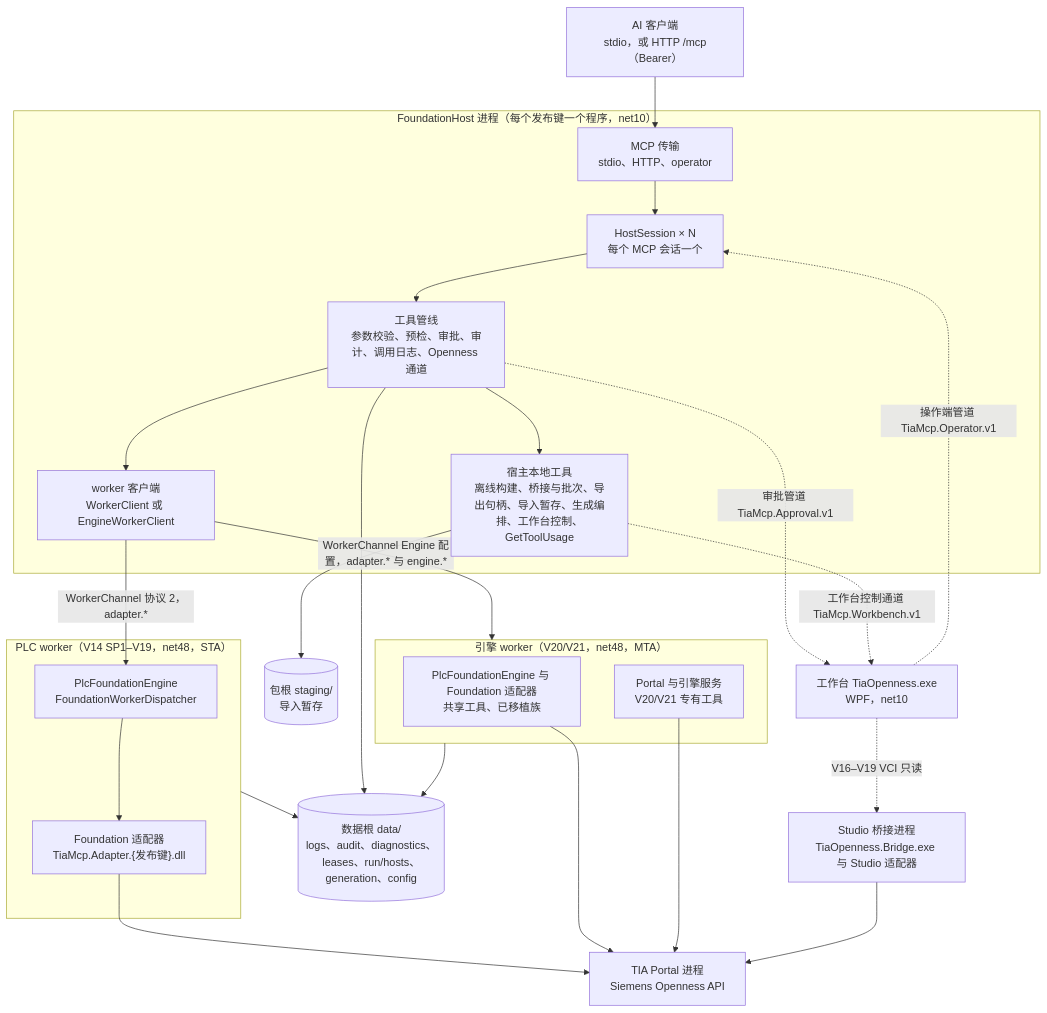
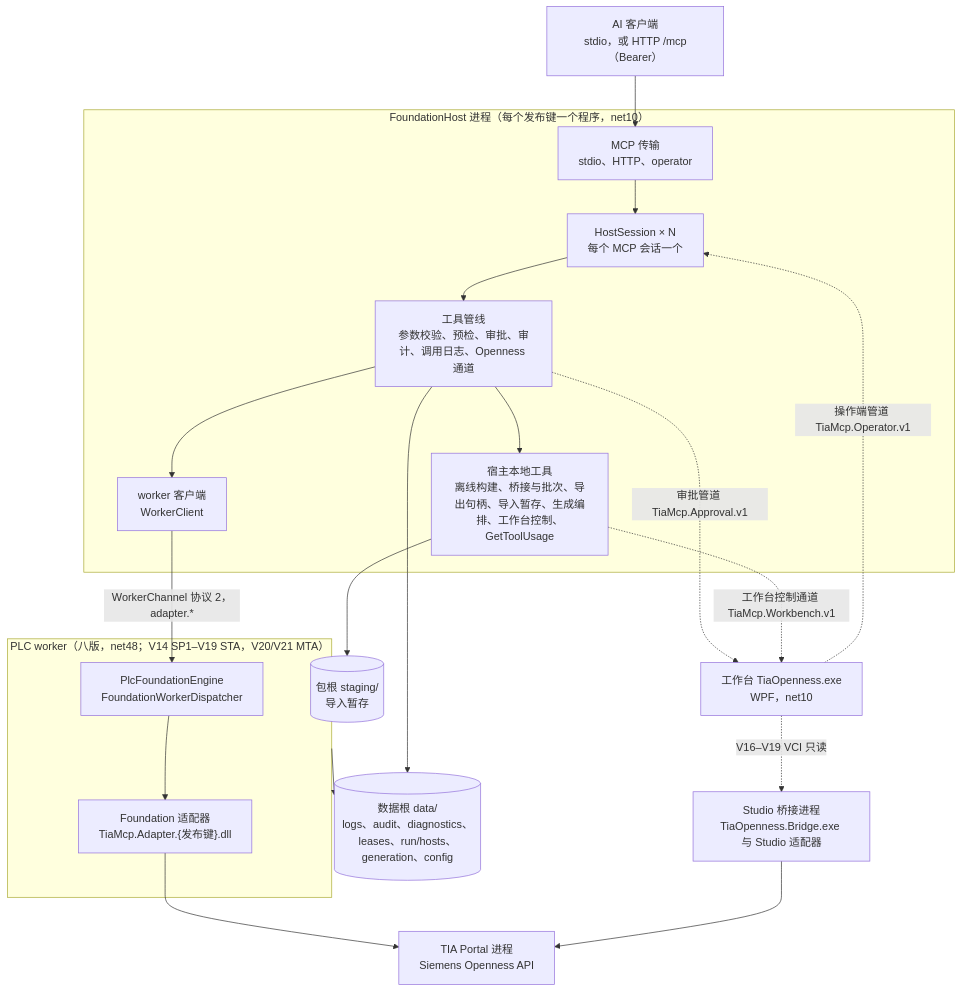
One commit to asckye/TIA_Portal_Openness_MCP changed the first of 8 diagrams in docs/development/design-spec/architecture.md. Above: the diagram before and after it, drawn with Mermaid. The commit also changed other lines of this file and 84 other files, not shown here.

Commit message:
Delete the host engine cross-check paths, the engine worker client and the dead engine compile symbols (Q3)

````diff
--- a/docs/development/design-spec/architecture.md
+++ b/docs/development/design-spec/architecture.md
@@ -23,42 +23,34 @@
 ```mermaid
 flowchart TB
   client["AI 客户端<br/>stdio，或 HTTP /mcp（Bearer）"]
   subgraph host["FoundationHost 进程（每个发布键一个程序，net10）"]
     transport["MCP 传输<br/>stdio、HTTP、operator"]
     sess["HostSession × N<br/>每个 MCP 会话一个"]
     pipeline["工具管线<br/>参数校验、预检、审批、审计、调用日志、Openness 通道"]
     localtools["宿主本地工具<br/>离线构建、桥接与批次、导出句柄、导入暂存、生成编排、工作台控制、GetToolUsage"]
-    wclient["worker 客户端<br/>WorkerClient 或 EngineWorkerClient"]
+    wclient["worker 客户端<br/>WorkerClient"]
   end
-  subgraph plcw["PLC worker（V14 SP1–V19，net48，STA）"]
+  subgraph plcw["PLC worker（八版，net48；V14 SP1–V19 STA，V20/V21 MTA）"]
     pfe1["PlcFoundationEngine<br/>FoundationWorkerDispatcher"]
     ad1["Foundation 适配器<br/>TiaMcp.Adapter.{发布键}.dll"]
-  end
-  subgraph engw["引擎 worker（V20/V21，net48，MTA）"]
-    pfe2["PlcFoundationEngine 与 Foundation 适配器<br/>共享工具、已移植族"]
-    portal["Portal 与引擎服务<br/>V20/V21 专有工具"]
   end
   tia["TIA Portal 进程<br/>Siemens Openness API"]
   wb["工作台 TiaOpenness.exe<br/>WPF，net10"]
   bridge["Studio 桥接进程<br/>TiaOpenness.Bridge.exe 与 Studio 适配器"]
   data[("数据根 data/<br/>logs、audit、diagnostics、leases、run/hosts、generation、config")]
   staging[("包根 staging/<br/>导入暂存")]
 
   client --> transport --> sess --> pipeline
   pipeline --> localtools
   pipeline --> wclient
   wclient -->|"WorkerChannel 协议 2，adapter.*"| pfe1
-  wclient -->|"WorkerChannel Engine 配置，adapter.* 与 engine.*"| engw
   pfe1 --> ad1 --> tia
-  pfe2 --> tia
-  portal --> tia
   pipeline -.->|"审批管道 TiaMcp.Approval.v1"| wb
   localtools -.->|"工作台控制通道 TiaMcp.Workbench.v1"| wb
   wb -.->|"操作端管道 TiaMcp.Operator.v1"| sess
   wb -.->|"V16–V19 VCI 只读"| bridge
   bridge --> tia
   pipeline --> data
   localtools --> staging
   plcw --> data
-  engw --> data
 ```
````
